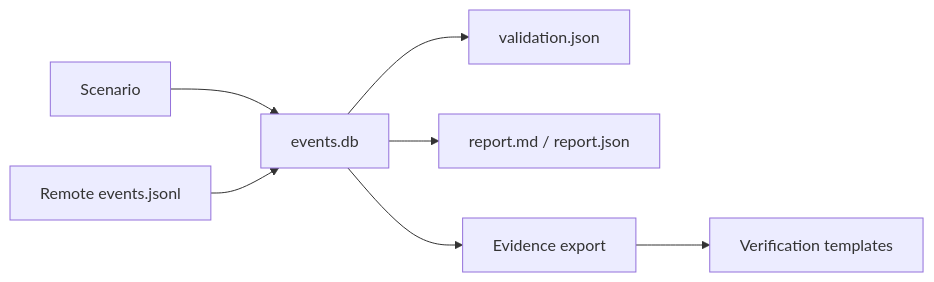
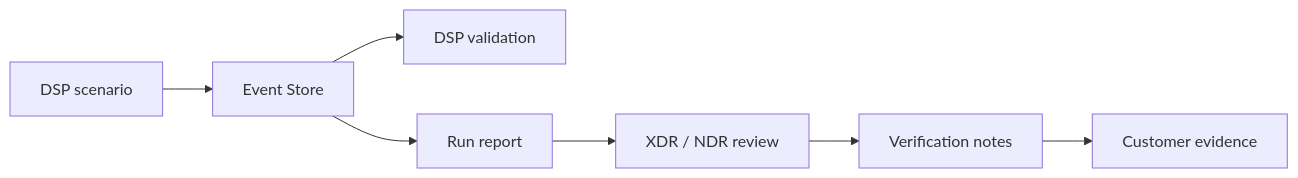
Before and after one commit to xdr-labs/detection-scenario-platform-docs: the diagram in reports-and-evidence.mdx, drawn with Mermaid. The commit also changed other lines of this file and 10 other files, not shown here.

Commit message:
Improve DSP docs usability and XDR NDR focus

````diff
--- a/reports-and-evidence.mdx
+++ b/reports-and-evidence.mdx
@@ -36,9 +44,9 @@
 ```mermaid
 flowchart LR
-  S[Scenario] --> E[events.db]
-  W[Remote events.jsonl] --> E
-  E --> V[validation.json]
-  E --> R[report.md / report.json]
-  E --> X[Evidence export]
-  X --> M[Verification templates]
+  S[DSP scenario] --> E[Event Store]
+  E --> V[DSP validation]
+  E --> R[Run report]
+  R --> P[XDR / NDR review]
+  P --> M[Verification notes]
+  M --> C[Customer evidence]
 ```
````
